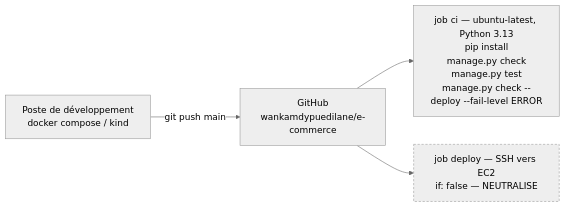
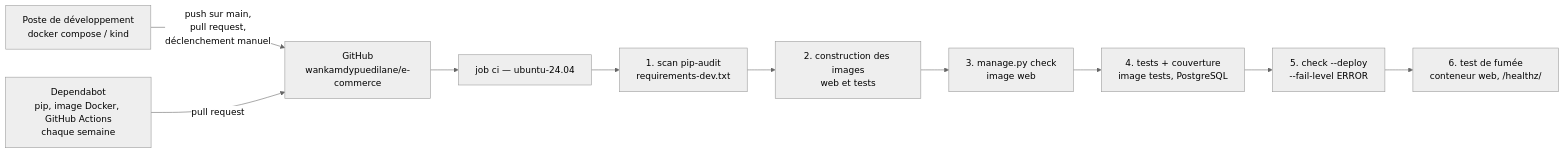
One commit to wankamdypuedilane/e-commerce changed the third of 4 diagrams in docs/ARCHITECTURE.md. Above: the diagram before and after it, drawn with Mermaid (neutral theme). The commit also changed other lines of this file and 9 other files, not shown here.

````diff
--- a/docs/ARCHITECTURE.md
+++ b/docs/ARCHITECTURE.md
@@ -267,7 +319,12 @@
 ```mermaid
 graph LR
-    DEV["Poste de développement<br/>docker compose / kind"] -->|git push main| REPO["GitHub<br/>wankamdypuedilane/e-commerce"]
-    REPO --> CI["job ci — ubuntu-latest, Python 3.13<br/>pip install<br/>manage.py check<br/>manage.py test<br/>manage.py check --deploy --fail-level ERROR"]
-    REPO --> DEPLOY["job deploy — SSH vers EC2<br/>if: false — NEUTRALISE"]
-    style DEPLOY fill:#eeeeee,stroke:#999,stroke-dasharray: 4 3
+    DEV["Poste de développement<br/>docker compose / kind"] -->|"push sur main,<br/>pull request,<br/>déclenchement manuel"| REPO["GitHub<br/>wankamdypuedilane/e-commerce"]
+    DEPB["Dependabot<br/>pip, image Docker, GitHub Actions<br/>chaque semaine"] -->|pull request| REPO
+    REPO --> CI["job ci — ubuntu-24.04"]
+    CI --> S1["1. scan pip-audit<br/>requirements-dev.txt"]
+    S1 --> S2["2. construction des images<br/>web et tests"]
+    S2 --> S3["3. manage.py check<br/>image web"]
+    S3 --> S4["4. tests + couverture<br/>image tests, PostgreSQL"]
+    S4 --> S5["5. check --deploy<br/>--fail-level ERROR"]
+    S5 --> S6["6. test de fumée<br/>conteneur web, /healthz/"]
 ```
````
